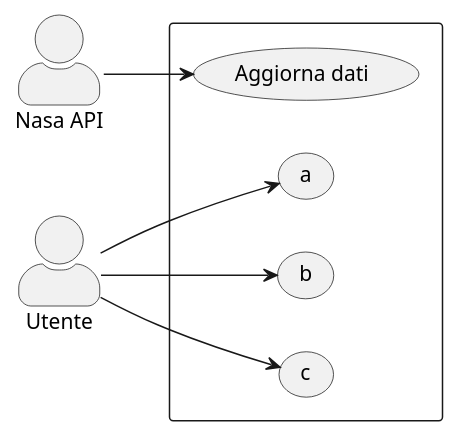
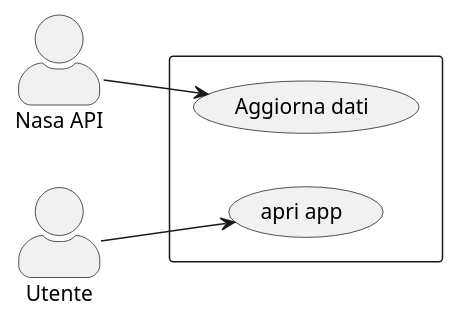
Before and after one commit to ccarl0/nasa_viewer: the diagram in UML/usecase.plantuml, drawn with PlantUML.

Commit message:
Modificate imprecisioni su usecase(va ancora implementato per bene ora ci sono solo le basi)

```diff
--- a/UML/usecase.plantuml
+++ b/UML/usecase.plantuml
@@ -1,18 +1,14 @@
 @startuml
 skinparam actorStyle awesome
 left to right direction
 actor "Nasa API" as API
 actor "Utente" as user
 rectangle {
-  usecase "a" as UC1
-  usecase "b" as UC2
-  usecase "c" as UC3
-  usecase "Aggiorna dati" as UC4
+  usecase "apri app" as UC1
+  usecase "Aggiorna dati" as UC2
 }
 
 user --> UC1
-user --> UC2
-user --> UC3
-API --> UC4
+API --> UC2
 
 @enduml
```
